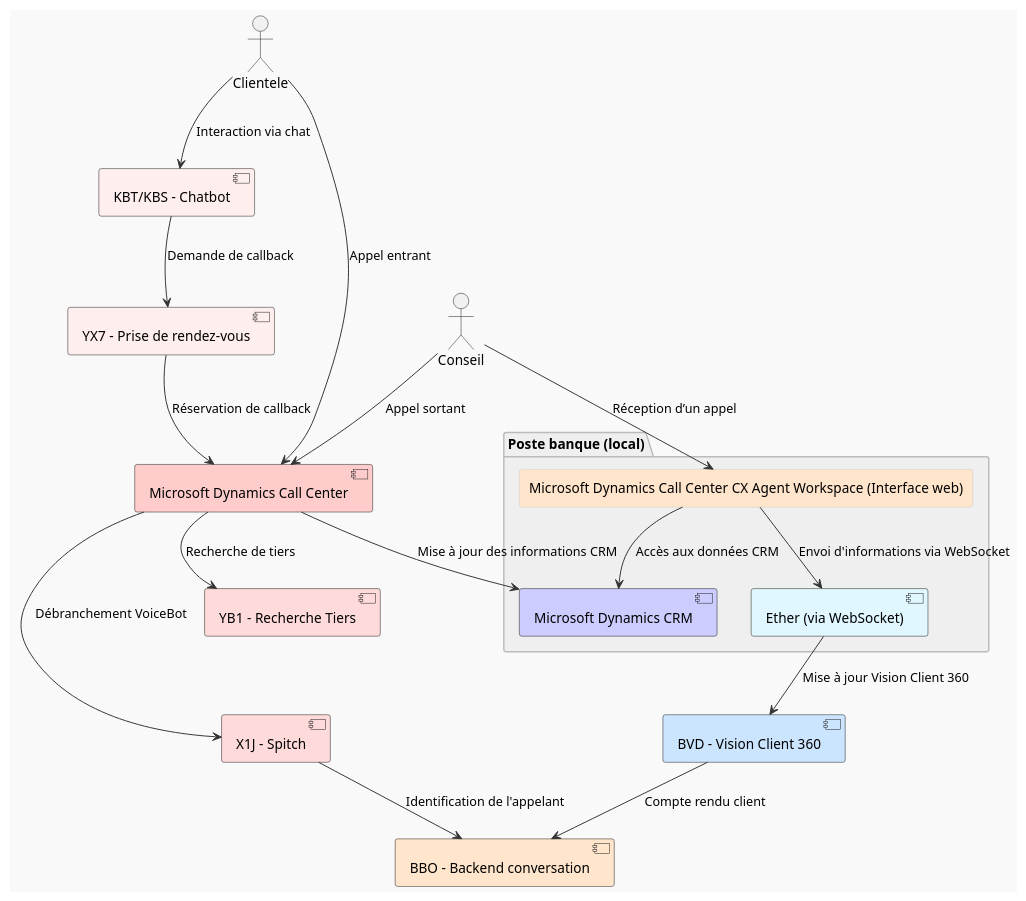
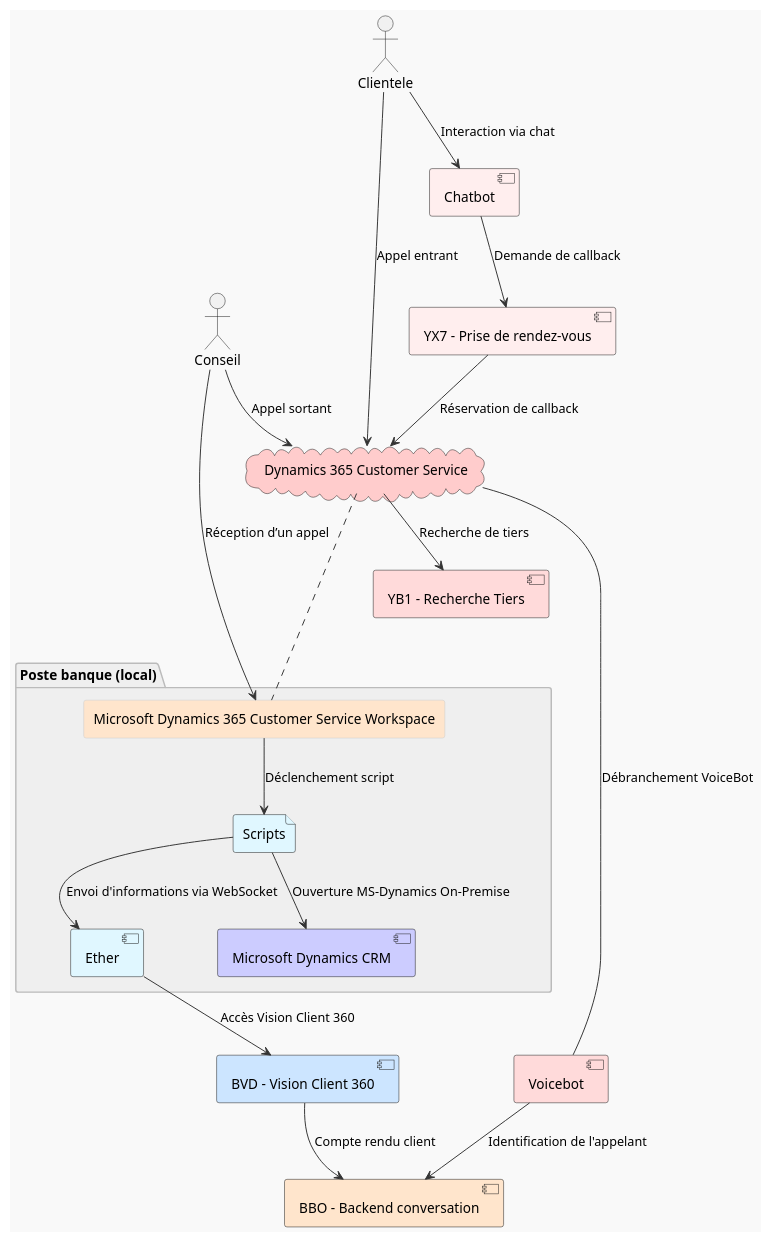
One commit to tchapnga/etude changed the diagram in v6.puml. Above: the diagram before and after it, drawn with PlantUML. The commit also changed 1 other file, not shown here.

```diff
--- a/v6.puml
+++ b/v6.puml
@@ -1,61 +1,61 @@
 @startuml
 skinparam shadowing false
 skinparam monochrome false
 skinparam ArrowColor #333333
 skinparam BackgroundColor #F9F9F9
 skinparam FontName Arial
 skinparam FontSize 12
 
 skinparam rectangle {
   BackgroundColor #F7F7F7
   BorderColor #CCCCCC
 }
 skinparam package {
   BackgroundColor #EFEFEF
   BorderColor #BBBBBB
 }
 
 actor Clientele as clientele
 actor Conseil as conseil
 
 package "Poste banque (local)" {
-  rectangle "Microsoft Dynamics Call Center CX Agent Workspace (Interface web)" as agent_workspace #FFE5CC
-  component "Ether (via WebSocket)" as ether #E0F7FF
+  rectangle "Microsoft Dynamics 365 Customer Service Workspace" as agent_workspace #FFE5CC
+  component "Ether" as ether #E0F7FF
   component "Microsoft Dynamics CRM" as dynamics_crm #CCCCFF
+  file "Scripts" as scripts #E0F7FF
 }
 
-component "KBT/KBS - Chatbot" as chatbot #FFEEEE
+component "Chatbot" as chatbot #FFEEEE
 component "YX7 - Prise de rendez-vous" as rendezvous #FFEEEE
-component "Microsoft Dynamics Call Center" as dynamics_call_center #FFCCCC
-component "X1J - Spitch" as spitch #FFDADA
+cloud "Dynamics 365 Customer Service" as dynamics_call_center #FFCCCC
+component "Voicebot" as spitch #FFDADA
 component "YB1 - Recherche Tiers" as recherche_tiers #FFDADA
 component "BBO - Backend conversation" as backend_conversation #FFE5CC
 component "BVD - Vision Client 360" as vision_client #CCE5FF
 
 '---- Interactions principales ----
 conseil --> agent_workspace :  Réception d’un appel
 clientele --> dynamics_call_center : Appel entrant
 conseil --> dynamics_call_center : Appel sortant
 clientele --> chatbot : Interaction via chat
 
 '---- Gestion des rendez-vous ----
 chatbot --> rendezvous : Demande de callback
 rendezvous --> dynamics_call_center : Réservation de callback
 
 '---- Recherche et identification ----
 dynamics_call_center --> recherche_tiers : Recherche de tiers
-dynamics_call_center --> spitch : Débranchement VoiceBot
-
-'---- Connexion avec Microsoft Dynamics CRM ----
-agent_workspace --> dynamics_crm : Accès aux données CRM
-dynamics_call_center --> dynamics_crm : Mise à jour des informations CRM
+dynamics_call_center -- spitch : Débranchement VoiceBot
+dynamics_call_center ... agent_workspace
 
 '---- Communication via WebSocket ----
-agent_workspace --> ether : Envoi d'informations via WebSocket
-ether --> vision_client : Mise à jour Vision Client 360
+agent_workspace --> scripts : Déclenchement script
+scripts --> ether : Envoi d'informations via WebSocket
+scripts --> dynamics_crm : Ouverture MS-Dynamics On-Premise
+ether --> vision_client : Accès Vision Client 360
 
 '---- Gestion backend ----
 spitch --> backend_conversation : Identification de l'appelant
 vision_client --> backend_conversation : Compte rendu client
 
 @enduml
```
